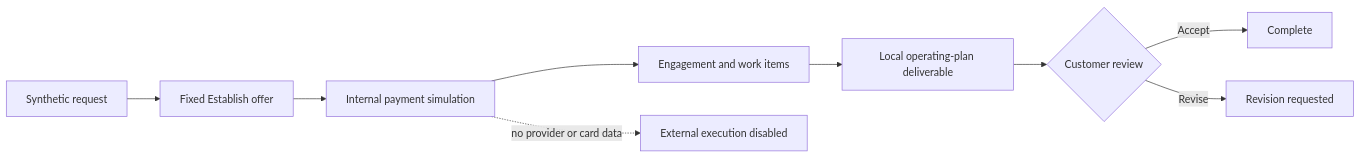
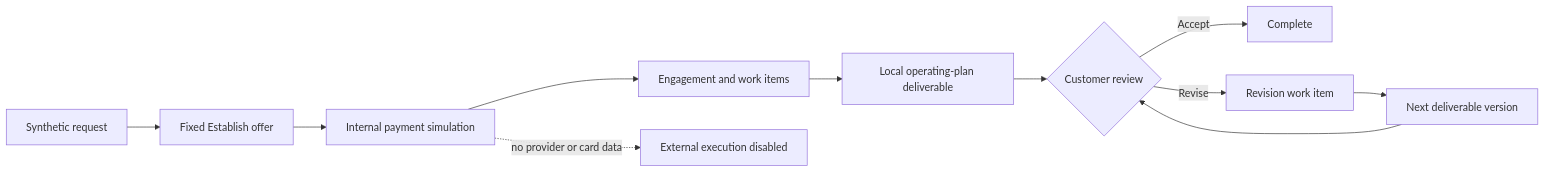
Before and after one commit to cpgrant/autobiz: the fourth of 5 diagrams in docs/05-system-architecture.md, drawn with Mermaid. The commit also changed other lines of this file and 10 other files, not shown here.

````diff
--- a/docs/05-system-architecture.md
+++ b/docs/05-system-architecture.md
@@ -100,11 +100,13 @@
 ```mermaid
 flowchart LR
     R["Synthetic request"] --> O["Fixed Establish offer"]
     O --> P["Internal payment simulation"]
     P --> E["Engagement and work items"]
     E --> D["Local operating-plan deliverable"]
     D --> V{"Customer review"}
     V -->|Accept| C["Complete"]
-    V -->|Revise| X["Revision requested"]
+    V -->|Revise| X["Revision work item"]
+    X --> D2["Next deliverable version"]
+    D2 --> V
     P -. no provider or card data .-> N["External execution disabled"]
 ```
````
